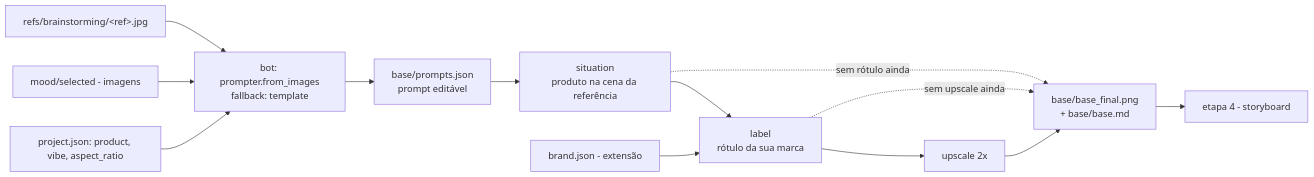
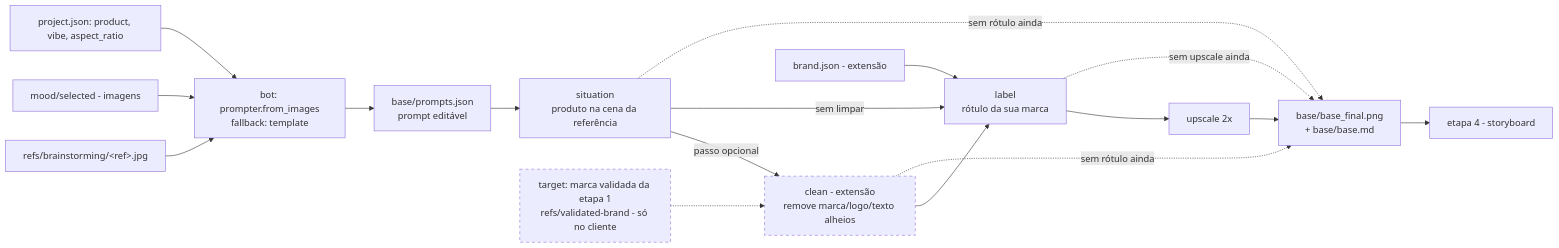
Before and after one commit to Arthur-Diego/orquestrador-studio: the third of 5 diagrams in docs/domains/base/diagrams/mermaid/fluxo-imagem-base.md, drawn with Mermaid. The commit also changed other lines of this file and 10 other files, not shown here.

````diff
--- a/docs/domains/base/diagrams/mermaid/fluxo-imagem-base.md
+++ b/docs/domains/base/diagrams/mermaid/fluxo-imagem-base.md
@@ -75,15 +77,21 @@
 ```mermaid
 flowchart LR
     REFS[refs/brainstorming/&lt;ref&gt;.jpg] --> BOT
     MOOD[mood/selected - imagens] --> BOT
     PROD[project.json: product, vibe, aspect_ratio] --> BOT
     BOT[bot: prompter.from_images<br/>fallback: template] --> PROMPT[base/prompts.json<br/>prompt editável]
     PROMPT --> SIT
-    SIT[situation<br/>produto na cena da referência] --> LAB[label<br/>rótulo da sua marca]
+    SIT[situation<br/>produto na cena da referência] -->|passo opcional| CLN
+    SIT -->|sem limpar| LAB
+    CLN[clean - extensão<br/>remove marca/logo/texto alheios] --> LAB[label<br/>rótulo da sua marca]
+    TGT[target: marca validada da etapa 1<br/>refs/validated-brand - só no cliente] -.-> CLN
     BRAND[brand.json - extensão] --> LAB
     LAB --> UPS[upscale 2x]
     SIT -.->|sem rótulo ainda| FINAL
+    CLN -.->|sem rótulo ainda| FINAL
     LAB -.->|sem upscale ainda| FINAL
     UPS --> FINAL[base/base_final.png<br/>+ base/base.md]
     FINAL --> SB[etapa 4 - storyboard]
+    classDef ext stroke-dasharray: 5 5
+    class CLN,TGT ext
 ```
````
